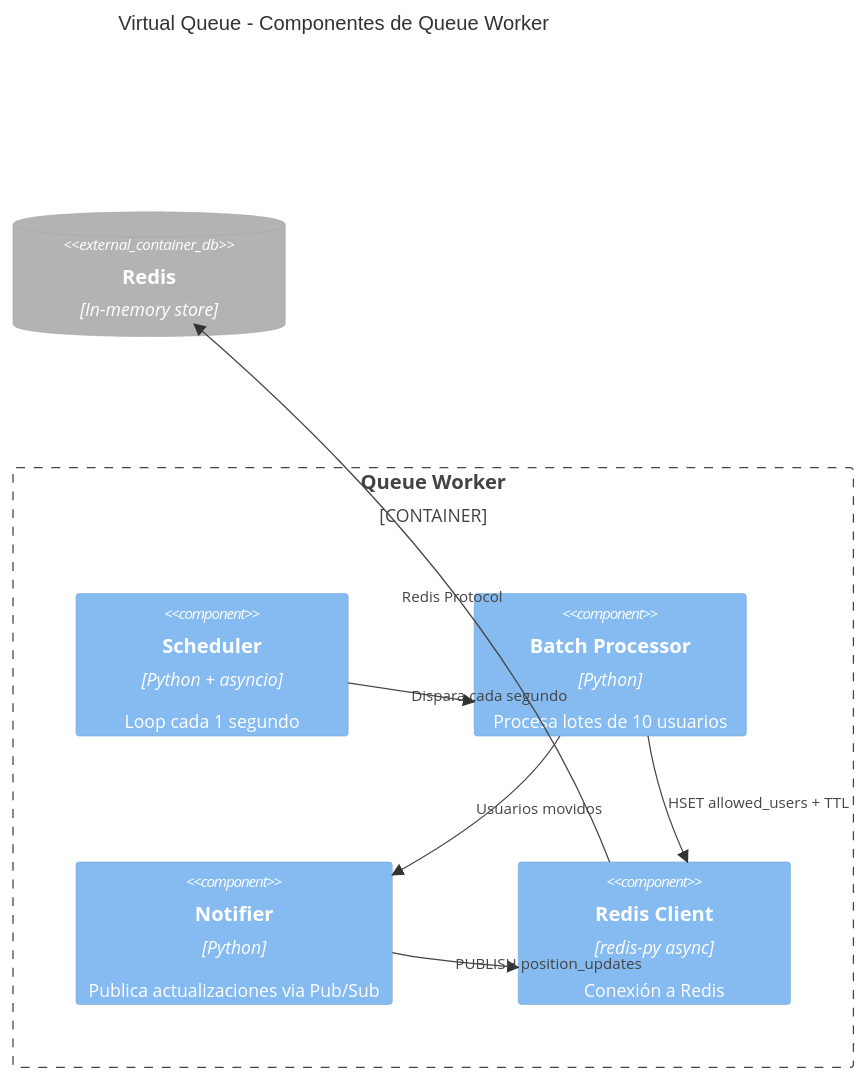
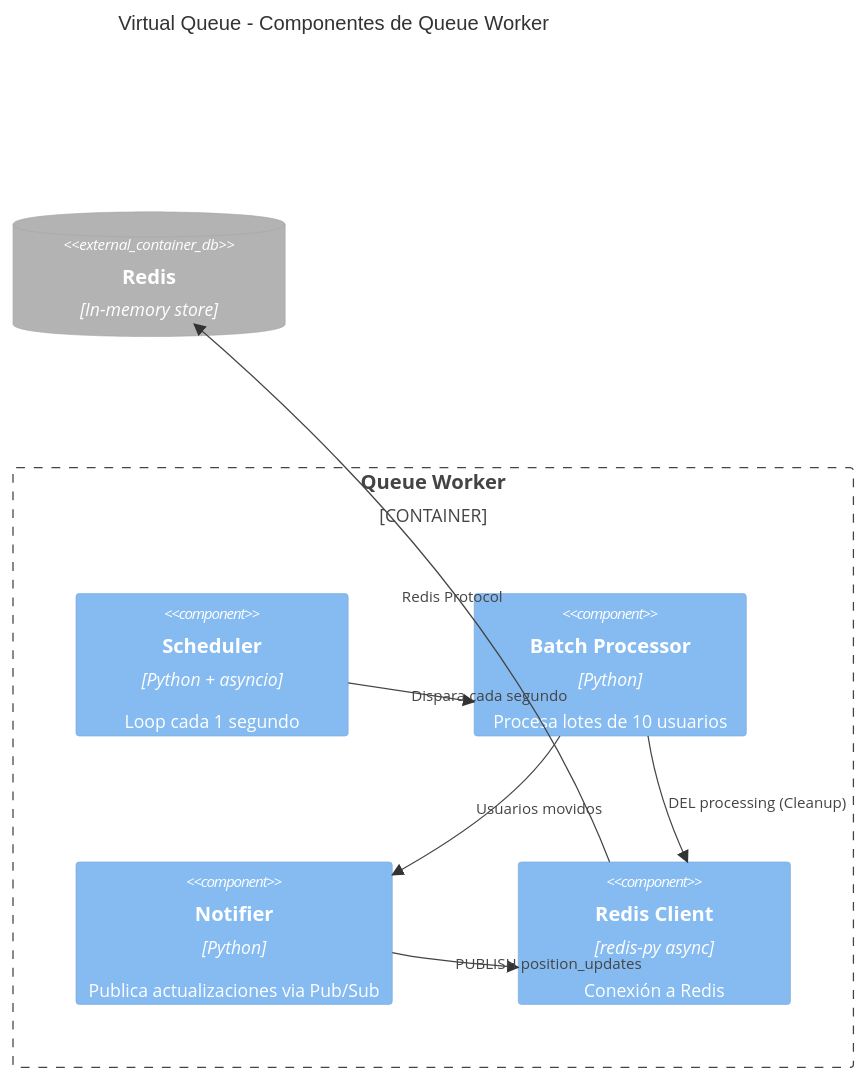
The third of 3 diagrams in docs/diagrams/Modelo C4/c4-components.md (paumf23/TicketStream_Fila-Virtual), drawn with Mermaid before and after one commit. The commit also changed other lines of this file and 11 other files, not shown here.

````diff
--- a/docs/diagrams/Modelo C4/c4-components.md
+++ b/docs/diagrams/Modelo C4/c4-components.md
@@ -127,20 +127,21 @@
 ```mermaid
 C4Component
     title Virtual Queue - Componentes de Queue Worker
 
     Container_Boundary(worker, "Queue Worker") {
         Component(scheduler, "Scheduler", "Python + asyncio", "Loop cada 1 segundo")
         Component(batchProcessor, "Batch Processor", "Python", "Procesa lotes de 10 usuarios")
         Component(notifier, "Notifier", "Python", "Publica actualizaciones via Pub/Sub")
         Component(redisClient, "Redis Client", "redis-py async", "Conexión a Redis")
     }
 
     ContainerDb_Ext(redis, "Redis", "In-memory store")
 
     Rel(scheduler, batchProcessor, "Dispara cada segundo")
-    Rel(batchProcessor, redisClient, "LPOP waiting_queue")
+    Rel(batchProcessor, redisClient, "EVAL queue_pop_safe (Atómico)")
     Rel(batchProcessor, redisClient, "HSET allowed_users + TTL")
+    Rel(batchProcessor, redisClient, "DEL processing (Cleanup)")
     Rel(batchProcessor, notifier, "Usuarios movidos")
     Rel(notifier, redisClient, "PUBLISH position_updates")
     Rel(redisClient, redis, "Redis Protocol")
 ```
````
